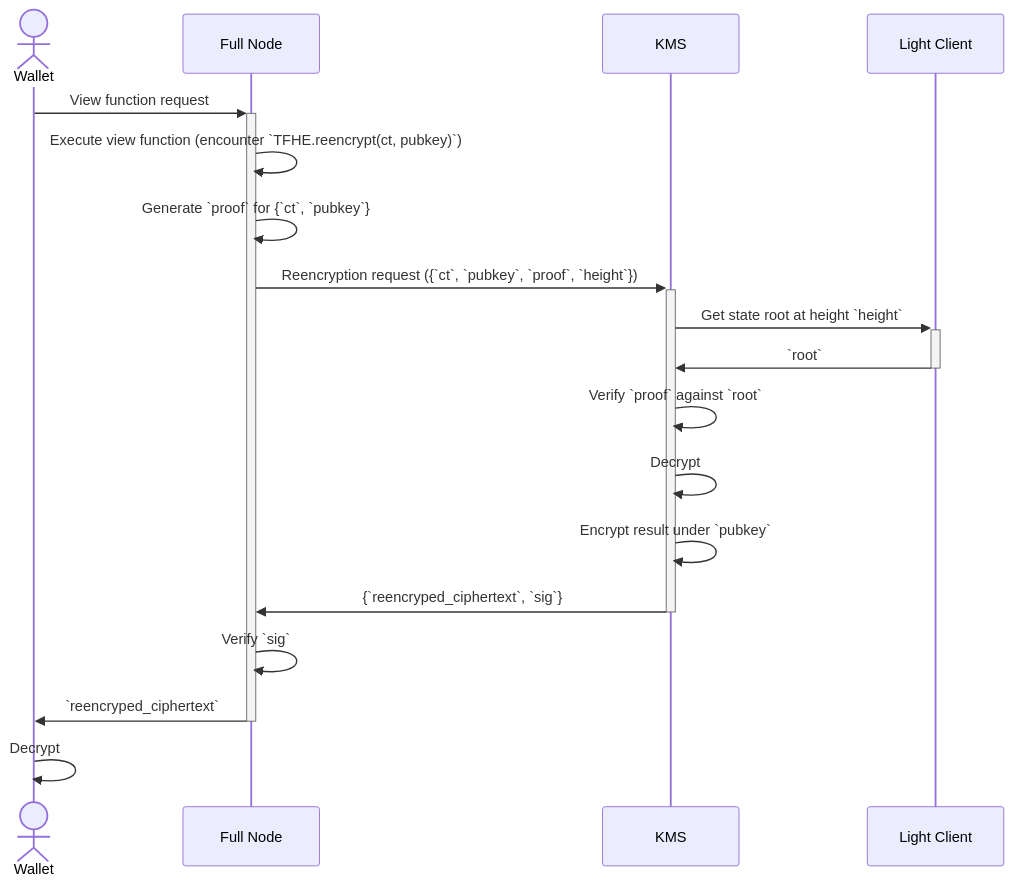
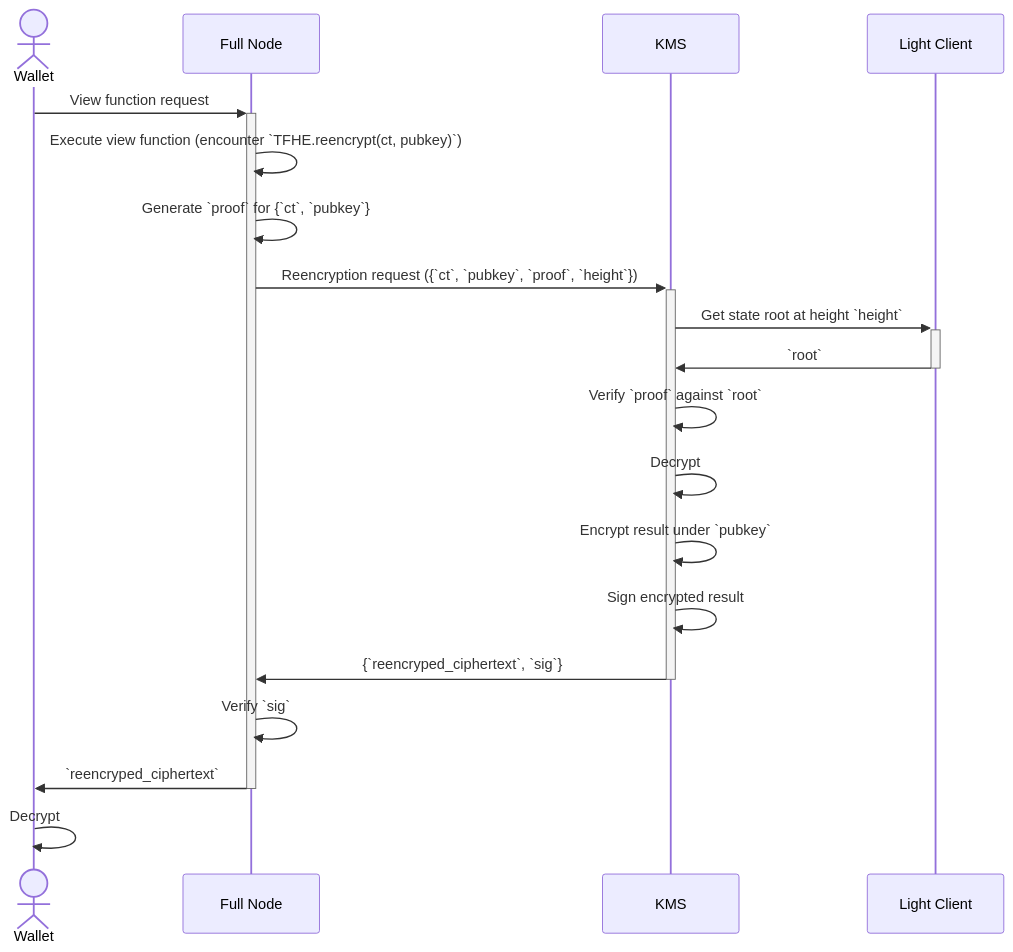
The diagram in README.md (zama-ai/kms), drawn with Mermaid before and after one commit. The commit also changed other lines of this file, not shown here.

````diff
--- a/README.md
+++ b/README.md
@@ -15,17 +15,18 @@
 ```mermaid
 sequenceDiagram
     actor Wallet
     Wallet->>+Full Node: View function request
     Full Node->>Full Node: Execute view function (encounter `TFHE.reencrypt(ct, pubkey)`)
     Full Node->>Full Node: Generate `proof` for {`ct`, `pubkey`}
     Full Node->>+KMS: Reencryption request ({`ct`, `pubkey`, `proof`, `height`})
     KMS->>+Light Client: Get state root at height `height`
     Light Client->>-KMS: `root`
     KMS->>KMS: Verify `proof` against `root`
     KMS->>KMS: Decrypt
     KMS->>KMS: Encrypt result under `pubkey`
+    KMS->>KMS: Sign encrypted result
     KMS->>-Full Node: {`reencryped_ciphertext`, `sig`}
     Full Node->>Full Node: Verify `sig`
     Full Node->>-Wallet: `reencryped_ciphertext`
     Wallet->>Wallet: Decrypt 
 ```
````
